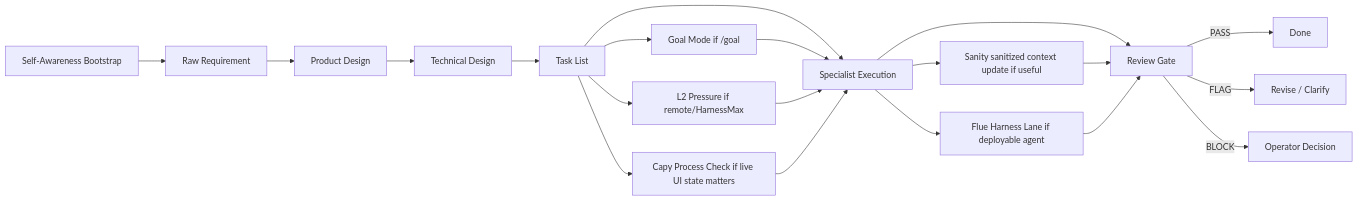
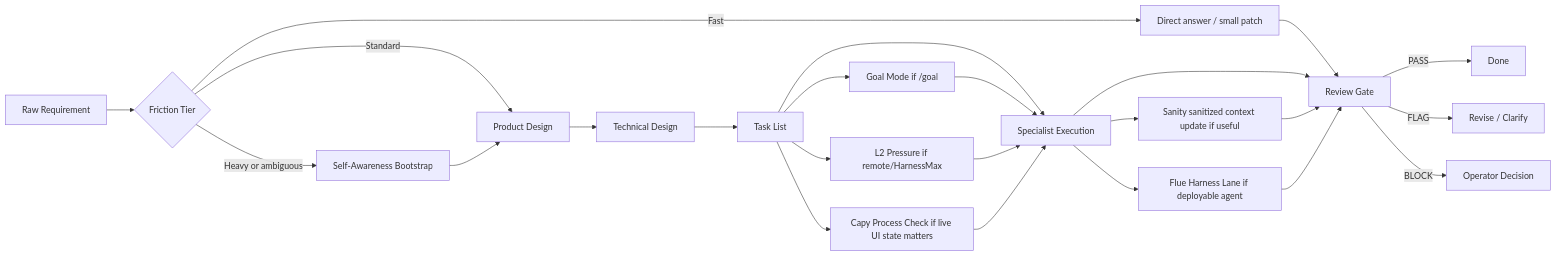
Before and after one commit to Fearvox/multica-ultimate-workbench: the diagram in SYNTHESIS.md, drawn with Mermaid. The commit also changed other lines of this file and 15 other files, not shown here.

Commit message:
docs: add friction tier router

````diff
--- a/SYNTHESIS.md
+++ b/SYNTHESIS.md
@@ -32,22 +32,26 @@
 ```mermaid
 flowchart LR
-  Z["Self-Awareness Bootstrap"] --> A["Raw Requirement"]
-  A --> B["Product Design"]
+  A["Raw Requirement"] --> R{"Friction Tier"}
+  R -->|Fast| X["Direct answer / small patch"]
+  R -->|Standard| B["Product Design"]
+  R -->|Heavy or ambiguous| Z["Self-Awareness Bootstrap"]
+  Z --> B
   B --> C["Technical Design"]
   C --> D["Task List"]
   D --> E["Specialist Execution"]
   D --> J["Goal Mode if /goal"]
   D --> K["L2 Pressure if remote/HarnessMax"]
   D --> M["Capy Process Check if live UI state matters"]
   J --> E
   K --> E
   M --> E
   E --> F["Review Gate"]
+  X --> F
   E --> N["Sanity sanitized context update if useful"]
   E --> L["Flue Harness Lane if deployable agent"]
   N --> F
   L --> F
   F -->|PASS| G["Done"]
   F -->|FLAG| H["Revise / Clarify"]
   F -->|BLOCK| I["Operator Decision"]
 ```
````
